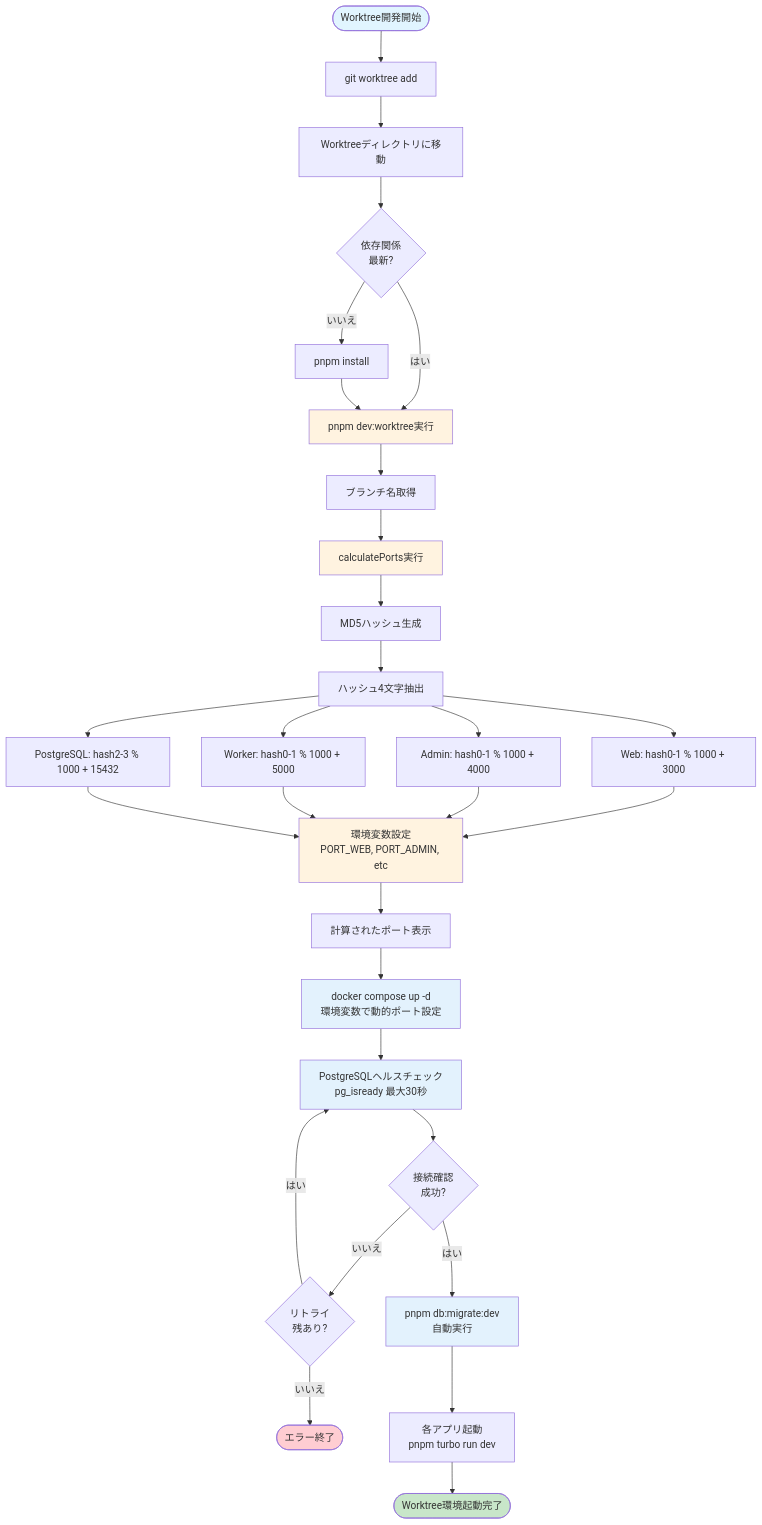
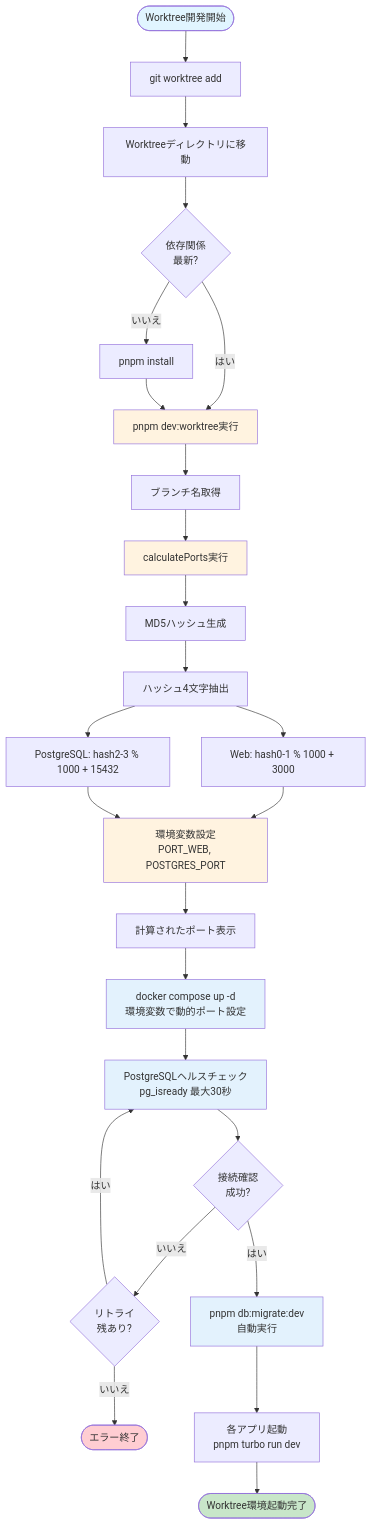
Before and after one commit to einja-inc/einja-management-template: the second of 3 diagrams in docs/instructions/local-server-environment-and-worktree.md, drawn with Mermaid. The commit also changed other lines of this file, not shown here.

````diff
--- a/docs/instructions/local-server-environment-and-worktree.md
+++ b/docs/instructions/local-server-environment-and-worktree.md
@@ -333,45 +323,41 @@
 ```mermaid
 flowchart TD
     Start([Worktree開発開始]) --> CreateWorktree[git worktree add]
     CreateWorktree --> CDWorktree[Worktreeディレクトリに移動]
     CDWorktree --> CheckDeps{依存関係<br/>最新?}
     CheckDeps -->|いいえ| InstallDeps[pnpm install]
     CheckDeps -->|はい| DevWorktree
     InstallDeps --> DevWorktree[pnpm dev:worktree実行]
 
     DevWorktree --> GetBranch[ブランチ名取得]
     GetBranch --> CalcPorts[calculatePorts実行]
     CalcPorts --> HashBranch[MD5ハッシュ生成]
     HashBranch --> ExtractHash[ハッシュ4文字抽出]
     ExtractHash --> CalcWeb[Web: hash0-1 % 1000 + 3000]
-    ExtractHash --> CalcAdmin[Admin: hash0-1 % 1000 + 4000]
-    ExtractHash --> CalcWorker[Worker: hash0-1 % 1000 + 5000]
     ExtractHash --> CalcPG[PostgreSQL: hash2-3 % 1000 + 15432]
 
-    CalcWeb --> SetEnv[環境変数設定<br/>PORT_WEB, PORT_ADMIN, etc]
-    CalcAdmin --> SetEnv
-    CalcWorker --> SetEnv
+    CalcWeb --> SetEnv[環境変数設定<br/>PORT_WEB, POSTGRES_PORT]
     CalcPG --> SetEnv
 
     SetEnv --> DisplayPorts[計算されたポート表示]
     DisplayPorts --> StartPG[docker compose up -d<br/>環境変数で動的ポート設定]
     StartPG --> HealthCheck[PostgreSQLヘルスチェック<br/>pg_isready 最大30秒]
     HealthCheck --> CheckPG{接続確認<br/>成功?}
     CheckPG -->|いいえ| Retry{リトライ<br/>残あり?}
     Retry -->|はい| HealthCheck
     Retry -->|いいえ| Error([エラー終了])
     CheckPG -->|はい| Migrate[pnpm db:migrate:dev<br/>自動実行]
 
     Migrate --> StartApps[各アプリ起動<br/>pnpm turbo run dev]
     StartApps --> Complete([Worktree環境起動完了])
 
     style Start fill:#e1f5ff
     style Complete fill:#c8e6c9
     style DevWorktree fill:#fff3e0
     style CalcPorts fill:#fff3e0
     style SetEnv fill:#fff3e0
     style StartPG fill:#e3f2fd
     style HealthCheck fill:#e3f2fd
     style Migrate fill:#e3f2fd
     style Error fill:#ffcdd2
 ```
````
